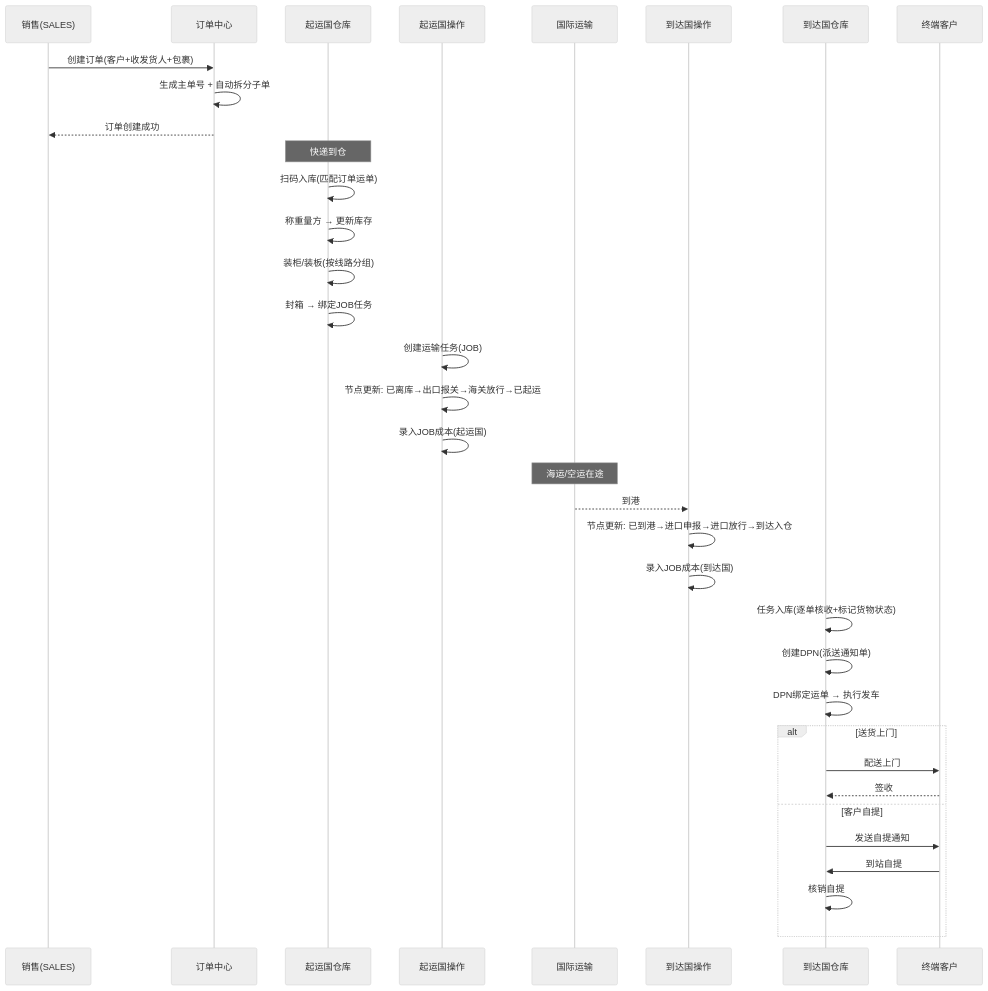
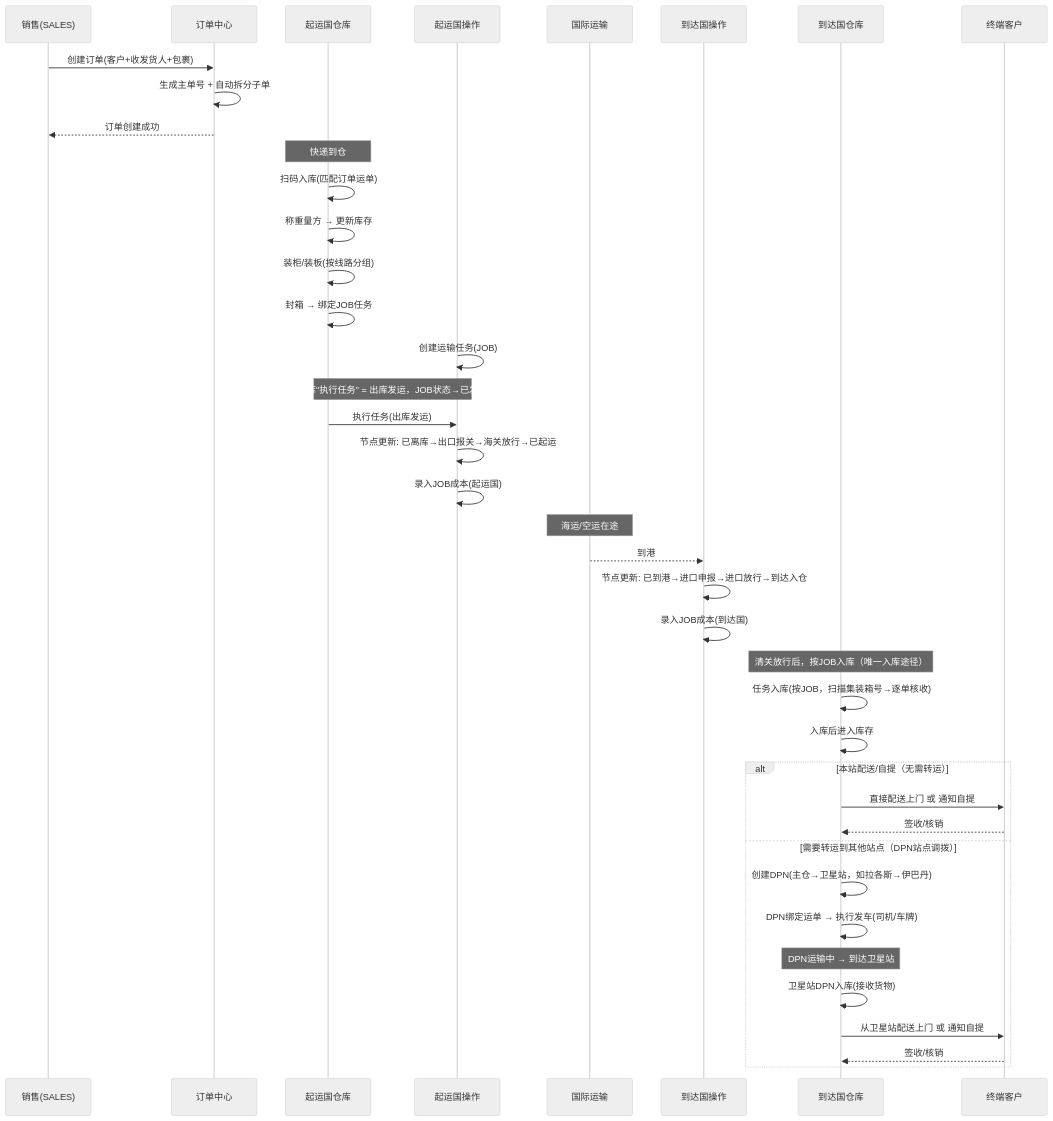
One commit to Yitiaoyu686/logistics-app changed the eighth of 27 diagrams in .kiro/specs/full-system-requirements/modules/00-系统总体需求规格说明书-20260408.md. Above: the diagram before and after it, drawn with Mermaid (neutral theme). The commit also changed other lines of this file, not shown here.

````diff
--- a/.kiro/specs/full-system-requirements/modules/00-系统总体需求规格说明书-20260408.md
+++ b/.kiro/specs/full-system-requirements/modules/00-系统总体需求规格说明书-20260408.md
@@ -413,44 +416,50 @@
 ```mermaid
 sequenceDiagram
     participant 销售 as 销售(SALES)
     participant OMS as 订单中心
     participant 起运仓 as 起运国仓库
     participant 起运操作 as 起运国操作
     participant 运输 as 国际运输
     participant 到达操作 as 到达国操作
     participant 到达仓 as 到达国仓库
     participant 客户 as 终端客户
 
     销售->>OMS: 创建订单(客户+收发货人+包裹)
     OMS->>OMS: 生成主单号 + 自动拆分子单
     OMS-->>销售: 订单创建成功
 
     Note over 起运仓: 快递到仓
     起运仓->>起运仓: 扫码入库(匹配订单运单)
     起运仓->>起运仓: 称重量方 → 更新库存
     起运仓->>起运仓: 装柜/装板(按线路分组)
     起运仓->>起运仓: 封箱 → 绑定JOB任务
 
     起运操作->>起运操作: 创建运输任务(JOB)
+    
+    Note over 起运仓,起运操作: 仓库"执行任务" = 出库发运，JOB状态→已发运
+    起运仓->>起运操作: 执行任务(出库发运)
     起运操作->>起运操作: 节点更新: 已离库→出口报关→海关放行→已起运
     起运操作->>起运操作: 录入JOB成本(起运国)
 
     Note over 运输: 海运/空运在途
     运输-->>到达操作: 到港
 
     到达操作->>到达操作: 节点更新: 已到港→进口申报→进口放行→到达入仓
     到达操作->>到达操作: 录入JOB成本(到达国)
 
-    到达仓->>到达仓: 任务入库(逐单核收+标记货物状态)
-    到达仓->>到达仓: 创建DPN(派送通知单)
-    到达仓->>到达仓: DPN绑定运单 → 执行发车
+    Note over 到达仓: 清关放行后，按JOB入库（唯一入库途径）
+    到达仓->>到达仓: 任务入库(按JOB，扫描集装箱号→逐单核收)
+    到达仓->>到达仓: 入库后进入库存
 
-    alt 送货上门
-        到达仓->>客户: 配送上门
-        客户-->>到达仓: 签收
-    else 客户自提
-        到达仓->>客户: 发送自提通知
-        客户->>到达仓: 到站自提
-        到达仓->>到达仓: 核销自提
+    alt 本站配送/自提（无需转运）
+        到达仓->>客户: 直接配送上门 或 通知自提
+        客户-->>到达仓: 签收/核销
+    else 需要转运到其他站点（DPN站点调拨）
+        到达仓->>到达仓: 创建DPN(主仓→卫星站，如拉各斯→伊巴丹)
+        到达仓->>到达仓: DPN绑定运单 → 执行发车(司机/车牌)
+        Note over 到达仓: DPN运输中 → 到达卫星站
+        到达仓->>到达仓: 卫星站DPN入库(接收货物)
+        到达仓->>客户: 从卫星站配送上门 或 通知自提
+        客户-->>到达仓: 签收/核销
     end
 ```
````
